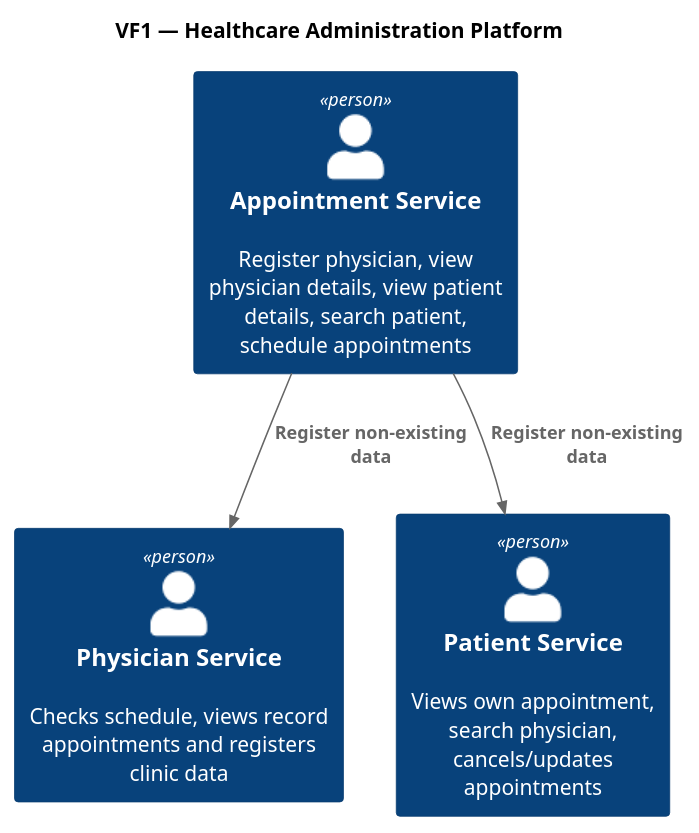
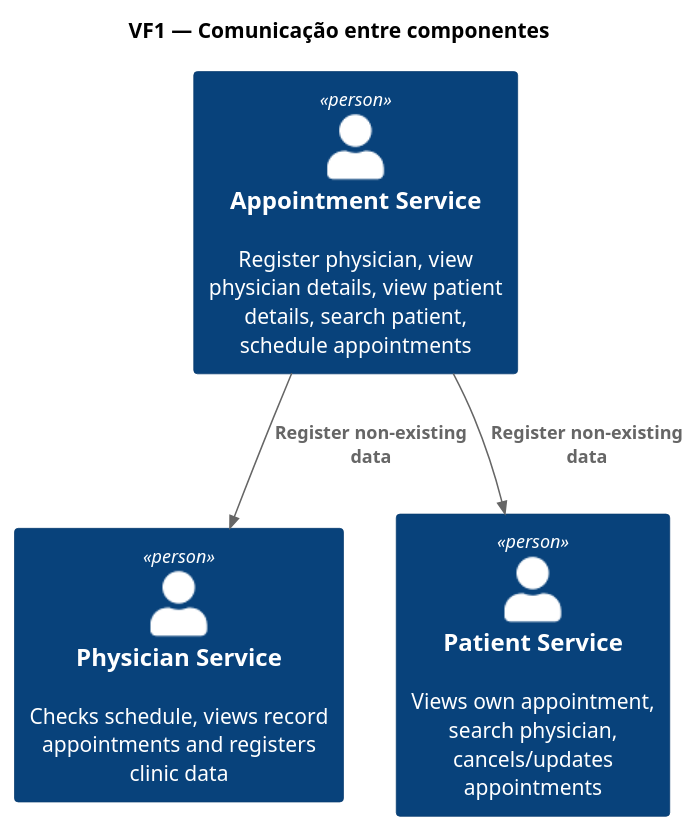
One commit to 1211104/PROJ_SIDIS2025 changed the diagram in docs/Vista Física/VF1.puml. Above: the diagram before and after it, drawn with PlantUML. The commit also changed 2 other files, not shown here.

```diff
--- a/docs/Vista Física/VF1.puml
+++ b/docs/Vista Física/VF1.puml
@@ -1,15 +1,15 @@
 @startuml C1-HAP-Context
 !include https://raw.githubusercontent.com/plantuml-stdlib/C4-PlantUML/master/C4_Context.puml
 
-title VF1 — Healthcare Administration Platform
+title VF1 — Comunicação entre componentes
 
 Person(physician, "Physician Service", "Checks schedule, views record appointments and registers clinic data")
 Person(patient, "Patient Service", "Views own appointment, search physician, cancels/updates appointments")
 Person(Appointments, "Appointment Service", "Register physician, view physician details, view patient details, search patient, schedule appointments")
 
 
 Rel(Appointments, physician, "Register non-existing data")
 Rel(Appointments,  patient, "Register non-existing data")
 
 
 @enduml
```
